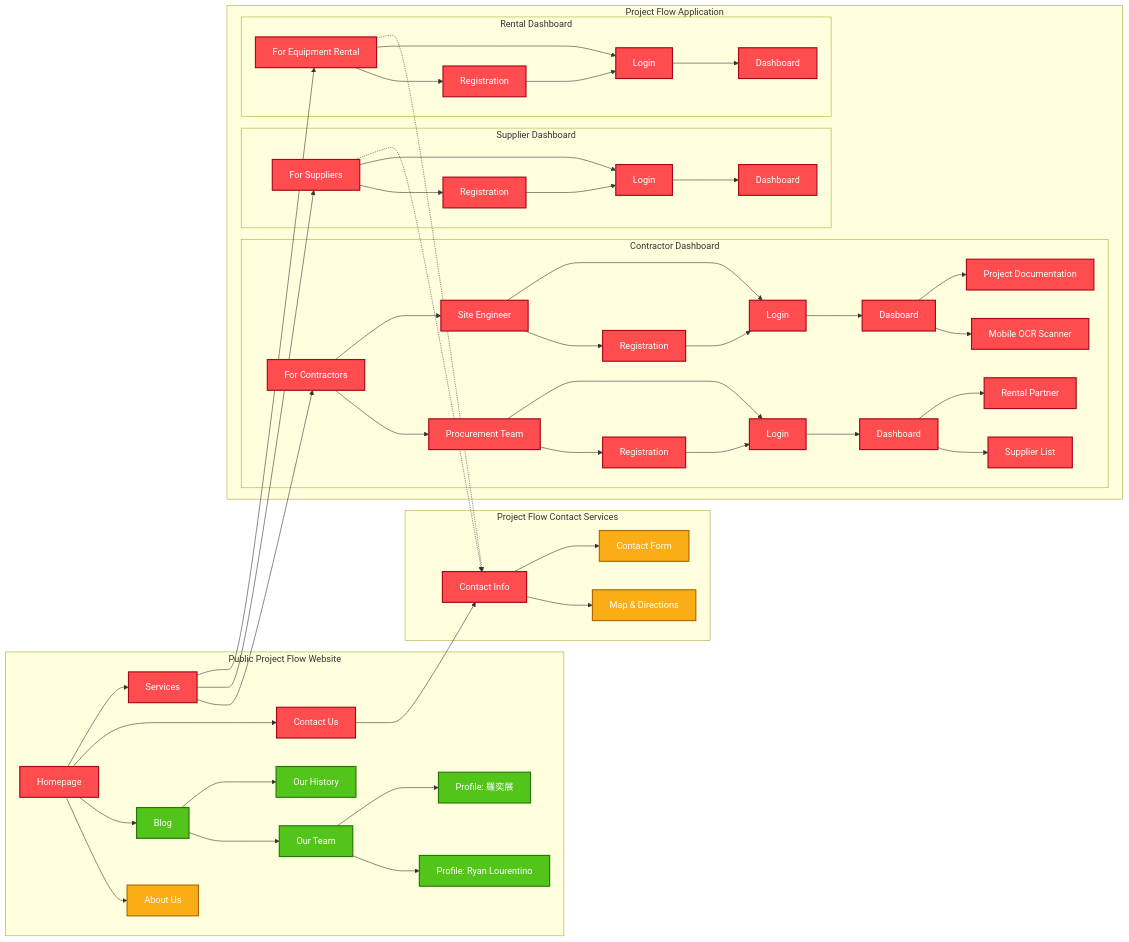
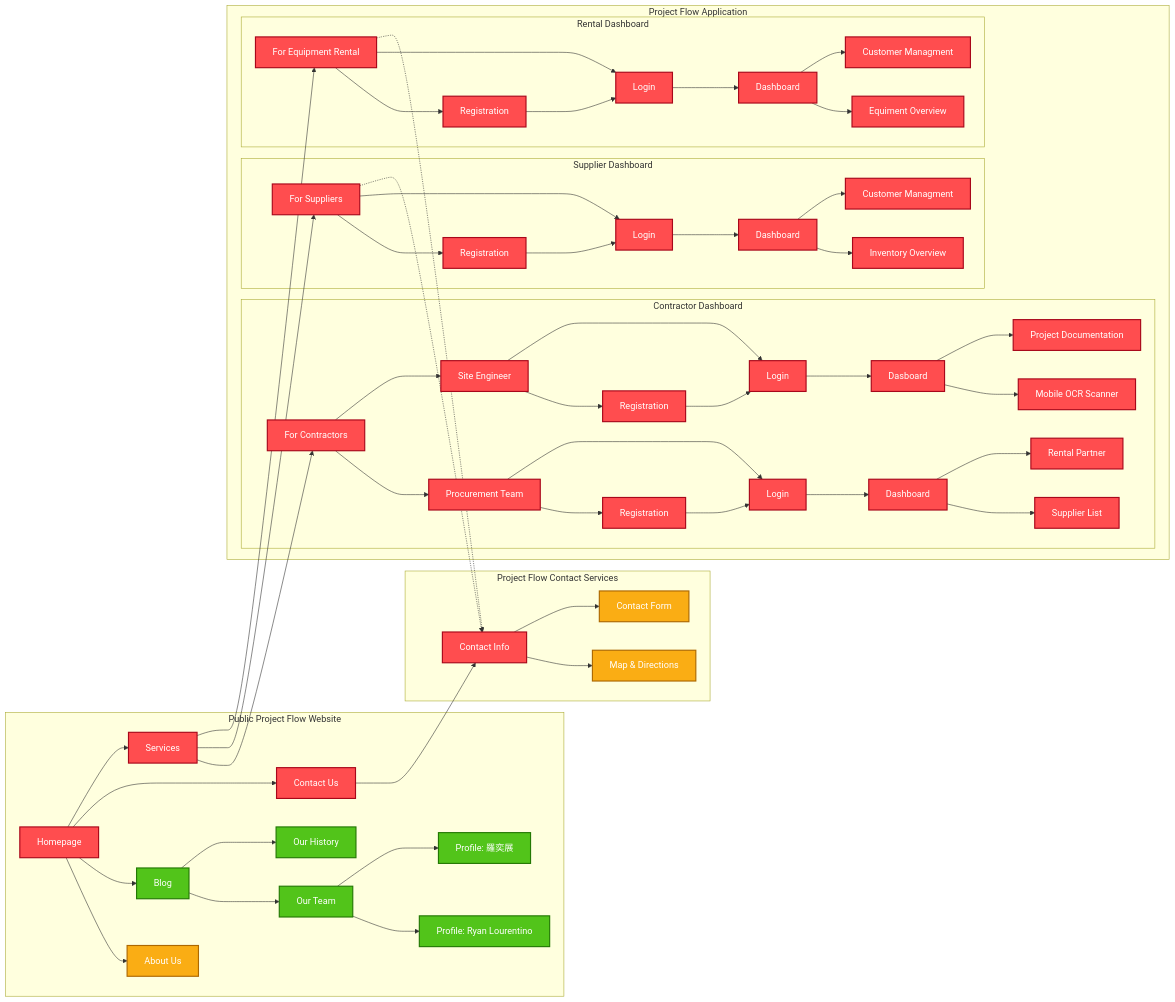
One commit to ryanlourentino/project-flow changed the diagram in README.md. Above: the diagram before and after it, drawn with Mermaid.

````diff
--- a/README.md
+++ b/README.md
@@ -77,6 +77,8 @@
 			Sup1 --> Sup3["Login"]
 			Sup2 --> Sup3
 			Sup3 --> Sup4["Dashboard"]
+			Sup4 --> Sup5["Inventory Overview"]
+			Sup4 --> Sup6["Customer Managment"]
 		end
 
 		%% Rental Homepage
@@ -84,7 +86,10 @@
 			ER1 --> ER2["Registration"]
 			ER1 --> ER3["Login"]
 			ER2 --> ER3
-			ER3 --> ER5["Dashboard"]
+			ER3 --> ER4["Dashboard"]
+			ER4 --> ER5["Equiment Overview"]
+			ER4 --> ER6["Customer Managment"]
+
 		end
 	end
 
@@ -93,7 +98,7 @@
 	ER1 -.-> D1
 
 	%% Priority Class Assignments
-	class A,D,D1,E,Co1,Sup1,Pro1,Pro2,Pro3,Pro4,Pro5,Pro6,SE1,SE2,SE3,SE4,SE5,SE6,Sup2,Sup3,ER1,ER2,ER3,Sup4,ER5 high;
+	class A,D,D1,E,Co1,Sup1,Pro1,Pro2,Pro3,Pro4,Pro5,Pro6,SE1,SE2,SE3,SE4,SE5,SE6,Sup2,Sup3,ER1,ER2,ER3,Sup4,Sup5,Sup6,ER4,ER5,ER6 high;
 	class B,D2,D3 medium;
 	class C,C1,C2,CA1,CA2 low;
 ```
````
